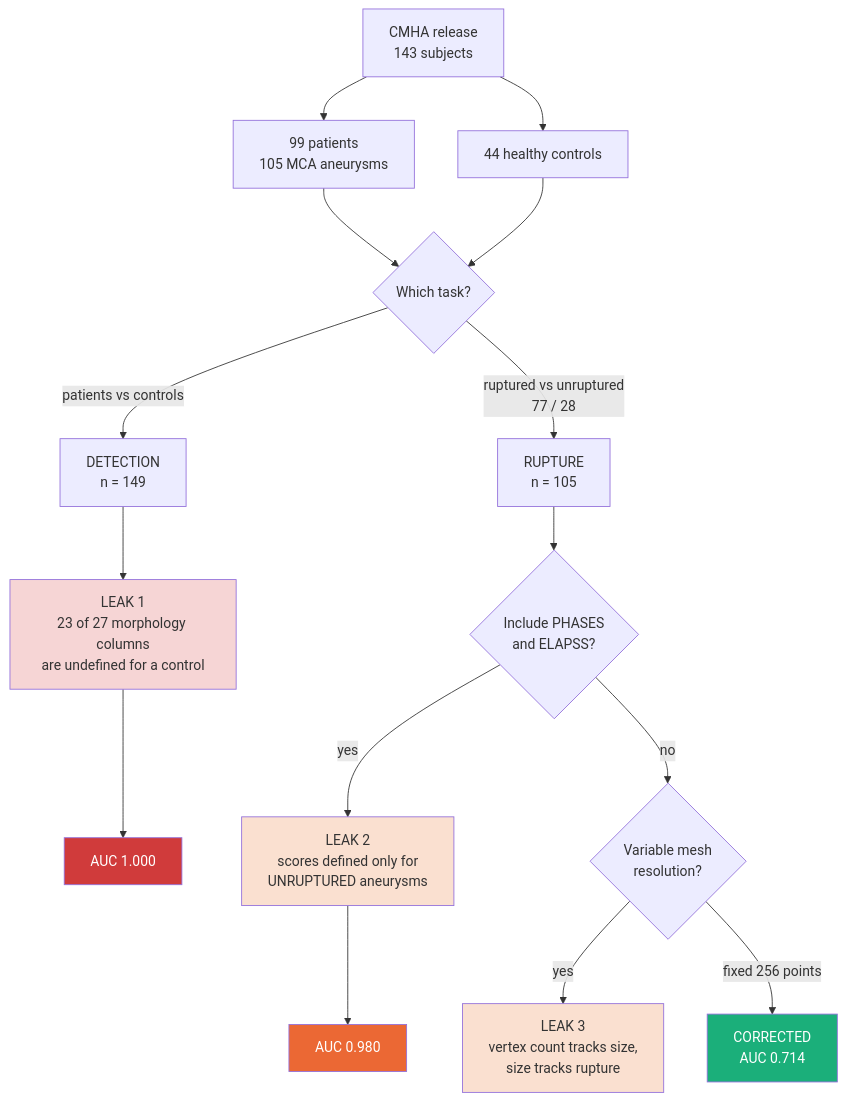
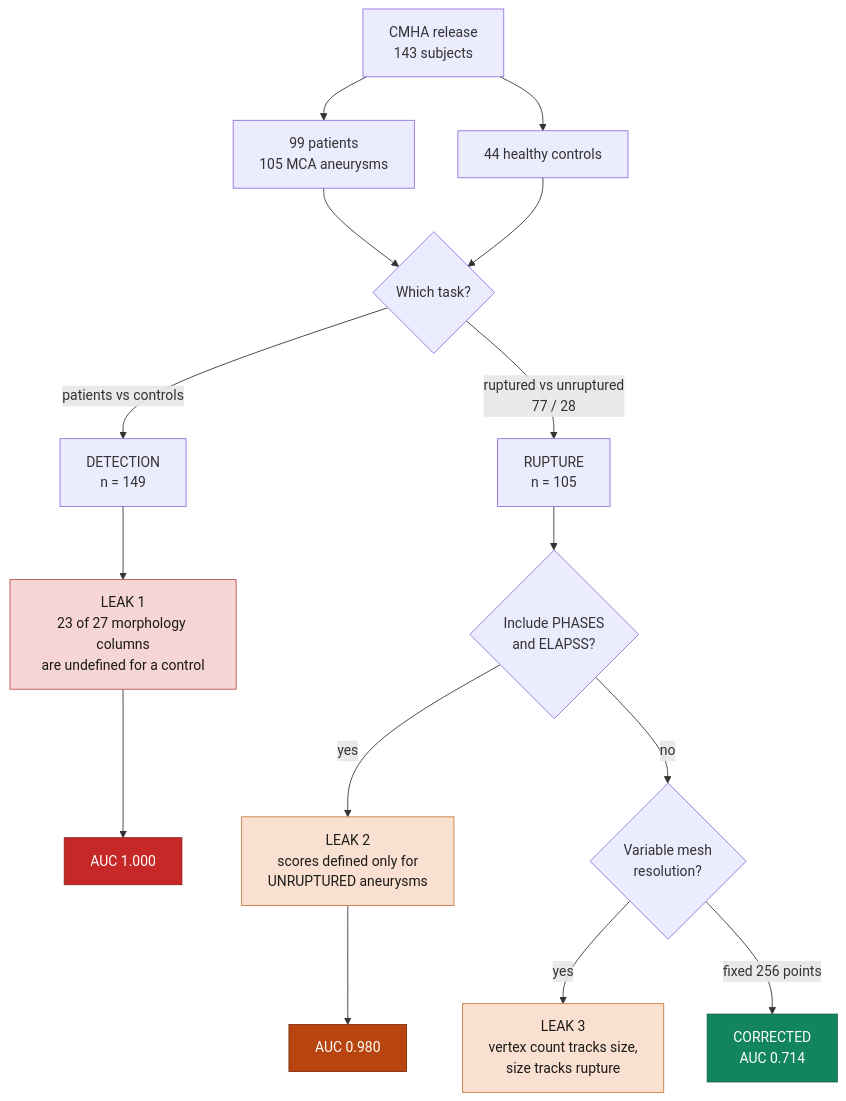
One commit to Somoru/cmha-rupture-leakage changed the first of 3 diagrams in README.md. Above: the diagram before and after it, drawn with Mermaid. The commit also changed other lines of this file, not shown here.

Commit message:
Fix mermaid label contrast in dark mode
Nodes given a custom fill had no explicit text colour, so GitHub's dark
theme rendered its default light label text on light pastel fills, making
LEAK 1-3 unreadable. Every styled node now carries an explicit color and
stroke; the orange result node was darkened so white text clears 4.5:1.
Worst contrast ratio is now 4.62:1.

````diff
--- a/README.md
+++ b/README.md
@@ -38,29 +38,29 @@
 ```mermaid
 flowchart TD
     A["CMHA release<br/>143 subjects"] --> B["99 patients<br/>105 MCA aneurysms"]
     A --> C["44 healthy controls"]
 
     B --> D{"Which task?"}
     C --> D
 
     D -->|"patients vs controls"| E["DETECTION<br/>n = 149"]
     D -->|"ruptured vs unruptured<br/>77 / 28"| F["RUPTURE<br/>n = 105"]
 
     E --> G["LEAK 1<br/>23 of 27 morphology columns<br/>are undefined for a control"]
     G --> H["AUC 1.000"]
 
     F --> I{"Include PHASES<br/>and ELAPSS?"}
     I -->|yes| J["LEAK 2<br/>scores defined only for<br/>UNRUPTURED aneurysms"]
     J --> K["AUC 0.980"]
 
     I -->|no| L{"Variable mesh<br/>resolution?"}
     L -->|yes| M["LEAK 3<br/>vertex count tracks size,<br/>size tracks rupture"]
     L -->|"fixed 256 points"| N["CORRECTED<br/>AUC 0.714"]
 
-    style H fill:#d03b3b,color:#fff
-    style K fill:#eb6834,color:#fff
-    style N fill:#1baf7a,color:#fff
-    style G fill:#f6d5d5
-    style J fill:#fae0d0
-    style M fill:#fae0d0
+    style H fill:#c62828,stroke:#8e1f1f,stroke-width:1px,color:#ffffff
+    style K fill:#b8450f,stroke:#7d2e09,stroke-width:1px,color:#ffffff
+    style N fill:#13855e,stroke:#0c5c41,stroke-width:1px,color:#ffffff
+    style G fill:#f6d5d5,stroke:#c0504d,stroke-width:1px,color:#1a1a19
+    style J fill:#fae0d0,stroke:#c8793f,stroke-width:1px,color:#1a1a19
+    style M fill:#fae0d0,stroke:#c8793f,stroke-width:1px,color:#1a1a19
 ```
````
